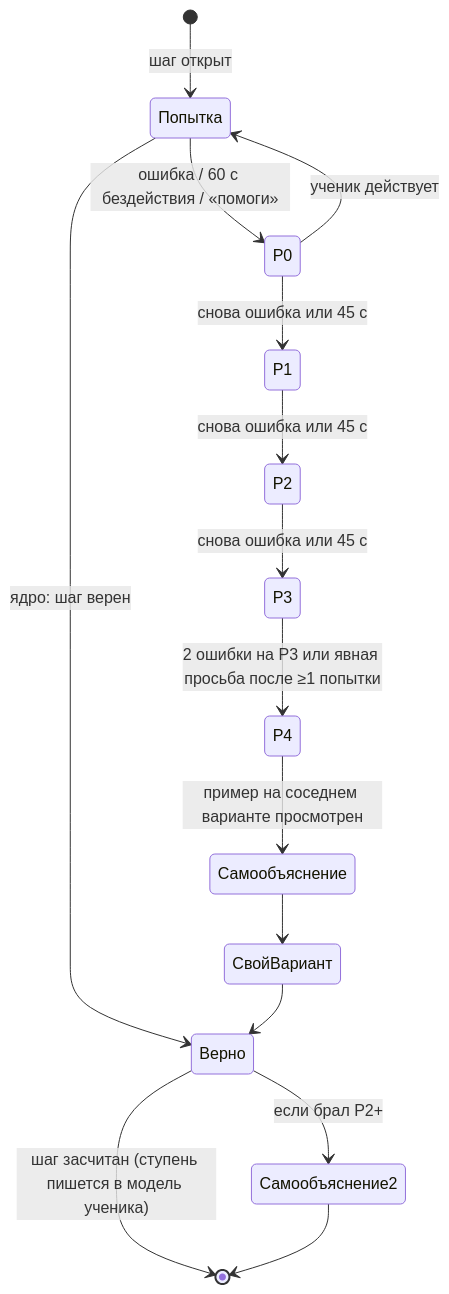
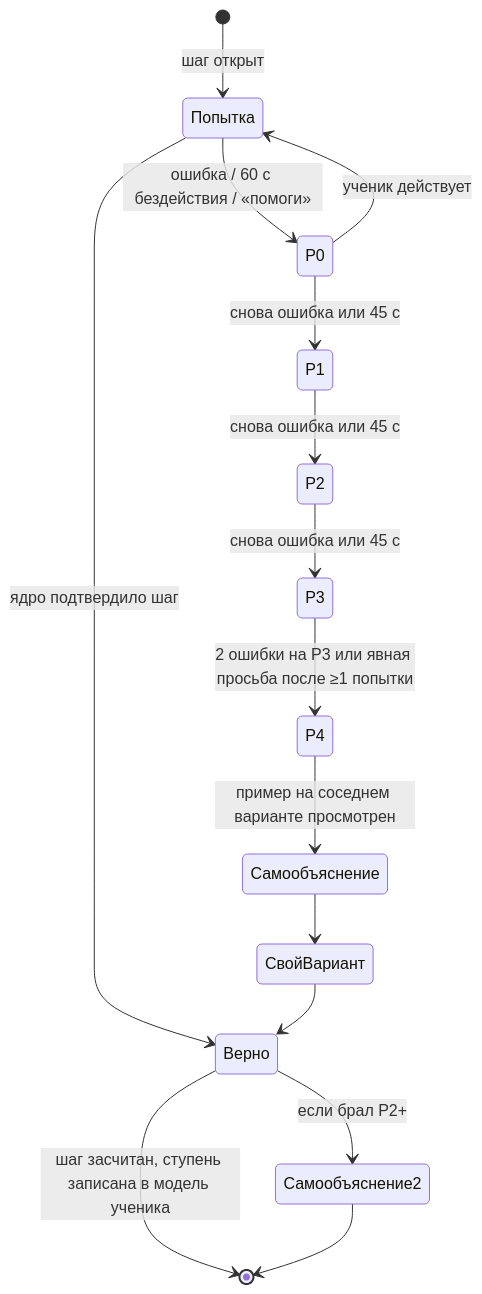
Before and after one commit to nachert1830/nachert: the second of 2 diagrams in docs/AI-TUTOR-RESEARCH.md, drawn with Mermaid. The commit also changed other lines of this file and 1 other file, not shown here.

````diff
--- a/docs/AI-TUTOR-RESEARCH.md
+++ b/docs/AI-TUTOR-RESEARCH.md
@@ -564,17 +752,17 @@
 ```mermaid
 stateDiagram-v2
   [*] --> Попытка: шаг открыт
   Попытка --> Р0: ошибка / 60 с бездействия / «помоги»
   Р0 --> Попытка: ученик действует
   Р0 --> Р1: снова ошибка или 45 с
   Р1 --> Р2: снова ошибка или 45 с
   Р2 --> Р3: снова ошибка или 45 с
   Р3 --> Р4: 2 ошибки на Р3 или явная просьба после ≥1 попытки
   Р4 --> Самообъяснение: пример на соседнем варианте просмотрен
   Самообъяснение --> СвойВариант
-  Попытка --> Верно: ядро: шаг верен
+  Попытка --> Верно: ядро подтвердило шаг
   СвойВариант --> Верно
   Верно --> Самообъяснение2: если брал Р2+
-  Верно --> [*]: шаг засчитан (ступень пишется в модель ученика)
+  Верно --> [*]: шаг засчитан, ступень записана в модель ученика
   Самообъяснение2 --> [*]
 ```
````
